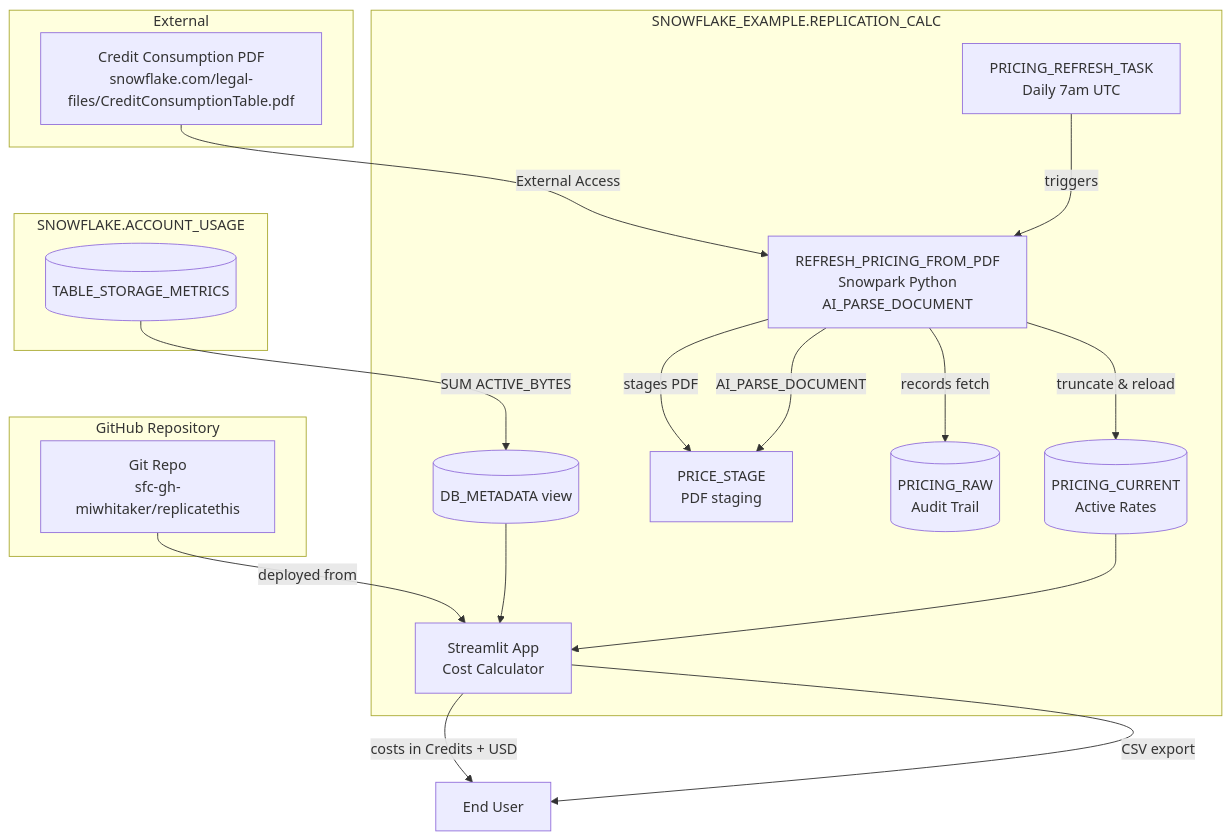
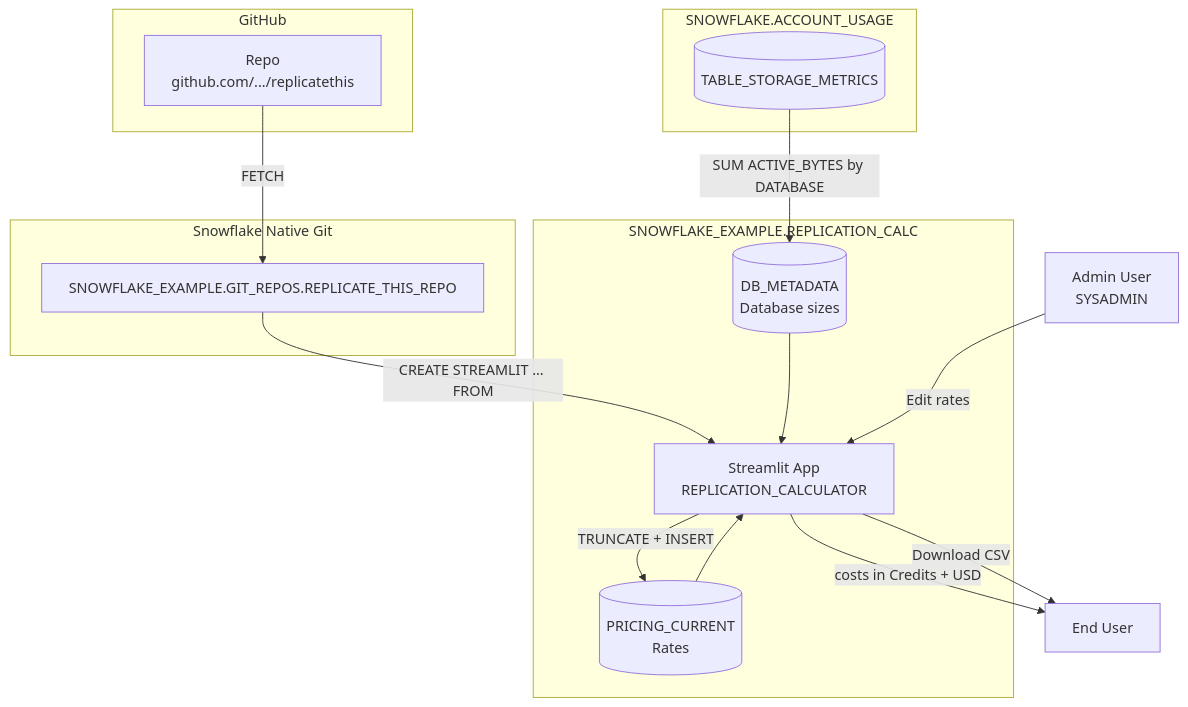
Before and after one commit to sfc-gh-miwhitaker/replicatethis: the diagram in diagrams/data-flow.md, drawn with Mermaid. The commit also changed other lines of this file and 15 other files, not shown here.

````diff
--- a/diagrams/data-flow.md
+++ b/diagrams/data-flow.md
@@ -14,34 +14,27 @@
 ```mermaid
 graph TB
-  subgraph "External"
-    PDF[Credit Consumption PDF<br/>snowflake.com/legal-files/CreditConsumptionTable.pdf]
+  subgraph "GitHub"
+    GitHubRepo[Repo<br/>github.com/.../replicatethis]
   end
-  subgraph "SNOWFLAKE_EXAMPLE.REPLICATION_CALC"
-    Stage[PRICE_STAGE<br/>PDF staging]
-    Raw[(PRICING_RAW<br/>Audit Trail)]
-    Proc[REFRESH_PRICING_FROM_PDF<br/>Snowpark Python<br/>AI_PARSE_DOCUMENT]
-    Current[(PRICING_CURRENT<br/>Active Rates)]
-    DBMeta[(DB_METADATA view)]
-    Streamlit[Streamlit App<br/>Cost Calculator]
-    Task[PRICING_REFRESH_TASK<br/>Daily 7am UTC]
+  subgraph "Snowflake Native Git"
+    GitRepo[SNOWFLAKE_EXAMPLE.GIT_REPOS.REPLICATE_THIS_REPO]
   end
   subgraph "SNOWFLAKE.ACCOUNT_USAGE"
     Storage[(TABLE_STORAGE_METRICS)]
   end
-  subgraph "GitHub Repository"
-    GitRepo[Git Repo<br/>sfc-gh-miwhitaker/replicatethis]
+  subgraph "SNOWFLAKE_EXAMPLE.REPLICATION_CALC"
+    Current[(PRICING_CURRENT<br/>Rates)]
+    DBMeta[(DB_METADATA<br/>Database sizes)]
+    Streamlit[Streamlit App<br/>REPLICATION_CALCULATOR]
   end
 
-  GitRepo -->|deployed from| Streamlit
-  PDF -->|External Access| Proc
-  Proc -->|stages PDF| Stage
-  Proc -->|AI_PARSE_DOCUMENT| Stage
-  Proc -->|records fetch| Raw
-  Proc -->|truncate & reload| Current
-  Storage -->|SUM ACTIVE_BYTES| DBMeta
+  GitHubRepo -->|FETCH| GitRepo
+  GitRepo -->|CREATE STREAMLIT ... FROM| Streamlit
+  Storage -->|SUM ACTIVE_BYTES by DATABASE| DBMeta
   DBMeta --> Streamlit
   Current --> Streamlit
   Streamlit -->|costs in Credits + USD| User[End User]
-  Streamlit -->|CSV export| User
-  Task -->|triggers| Proc
+  Streamlit -->|Download CSV| User
+  Admin[Admin User<br/>SYSADMIN] -->|Edit rates| Streamlit
+  Streamlit -->|TRUNCATE + INSERT| Current
 ```
````
